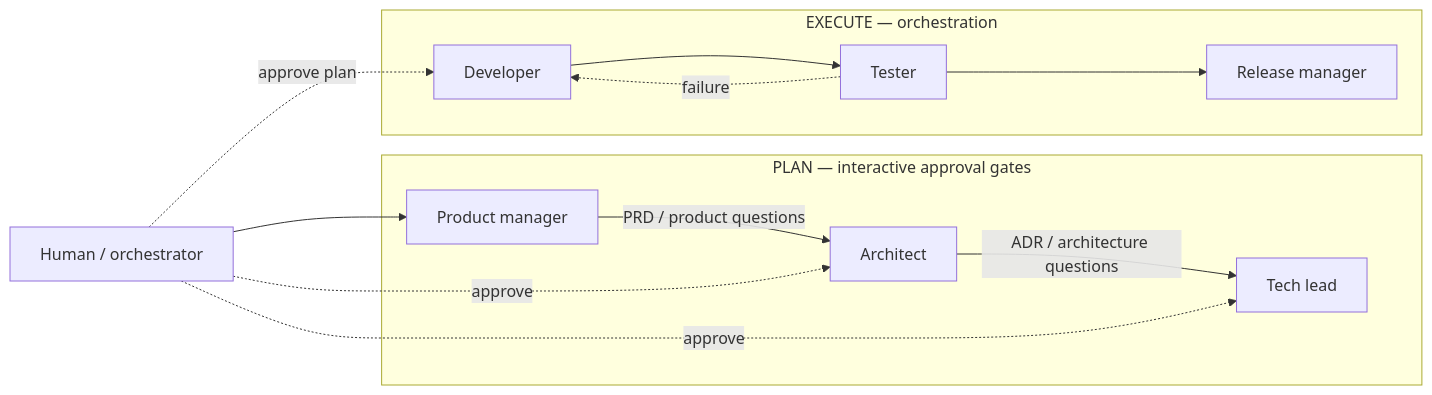
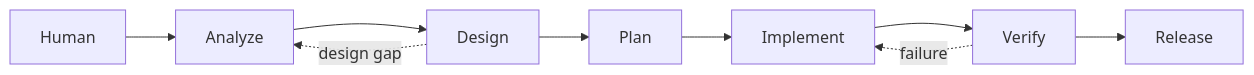
The diagram in docs/agentic-sdlc/README.md (jho/dev-toolbox), drawn with Mermaid before and after one commit. The commit also changed other lines of this file and 20 other files, not shown here.

````diff
--- a/docs/agentic-sdlc/README.md
+++ b/docs/agentic-sdlc/README.md
@@ -11,25 +6,11 @@
 ```mermaid
 flowchart LR
-    H[Human / orchestrator]
-
-    subgraph P[PLAN — interactive approval gates]
-        PM[Product manager]
-        A[Architect]
-        TL[Tech lead]
-        PM -->|PRD / product questions| A
-        A -->|ADR / architecture questions| TL
-    end
-
-    subgraph E[EXECUTE — orchestration]
-        D[Developer]
-        T[Tester]
-        R[Release manager]
-        D --> T --> R
-        T -. failure .-> D
-    end
-
-    H --> PM
-    H -. approve .-> A
-    H -. approve .-> TL
-    H -. approve plan .-> D
+    H[Human] --> A[Analyze]
+    A --> D[Design]
+    D --> P[Plan]
+    P --> I[Implement]
+    I --> V[Verify]
+    V --> R[Release]
+    V -. failure .-> I
+    D -. design gap .-> A
 ```
````
